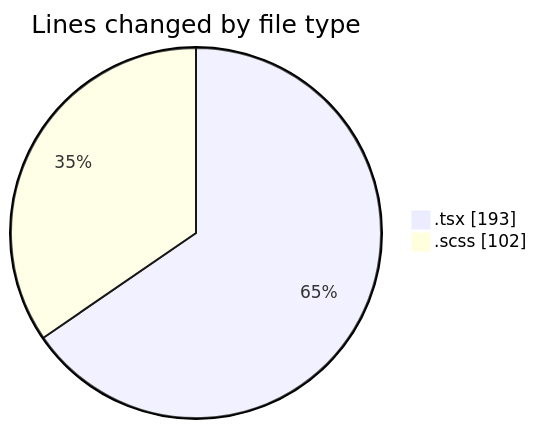
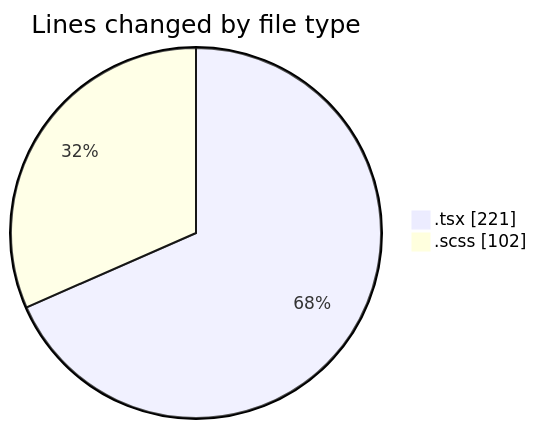
The first of 2 diagrams in 2026-04-16/cda/README.md (momahboobian/code-tracking), drawn with Mermaid before and after one commit. The commit also changed other lines of this file and 1 other file, not shown here.

````diff
--- a/2026-04-16/cda/README.md
+++ b/2026-04-16/cda/README.md
@@ -22,6 +22,6 @@
 ```mermaid
 pie showData
 title Lines changed by file type
-".tsx" : 193
+".tsx" : 221
 ".scss" : 102
 ```
````
